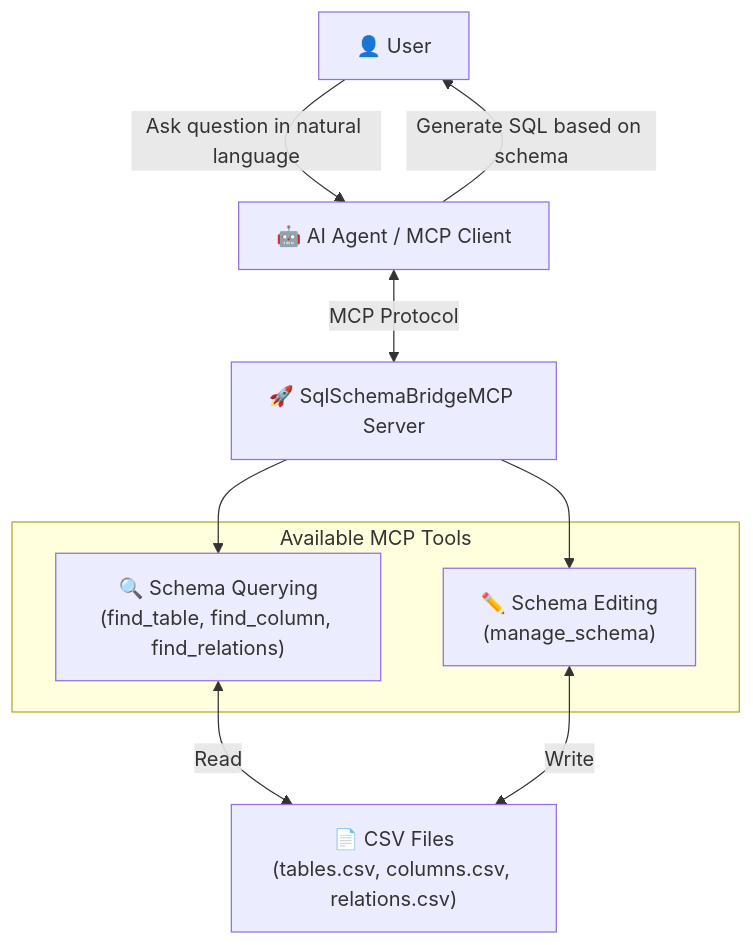
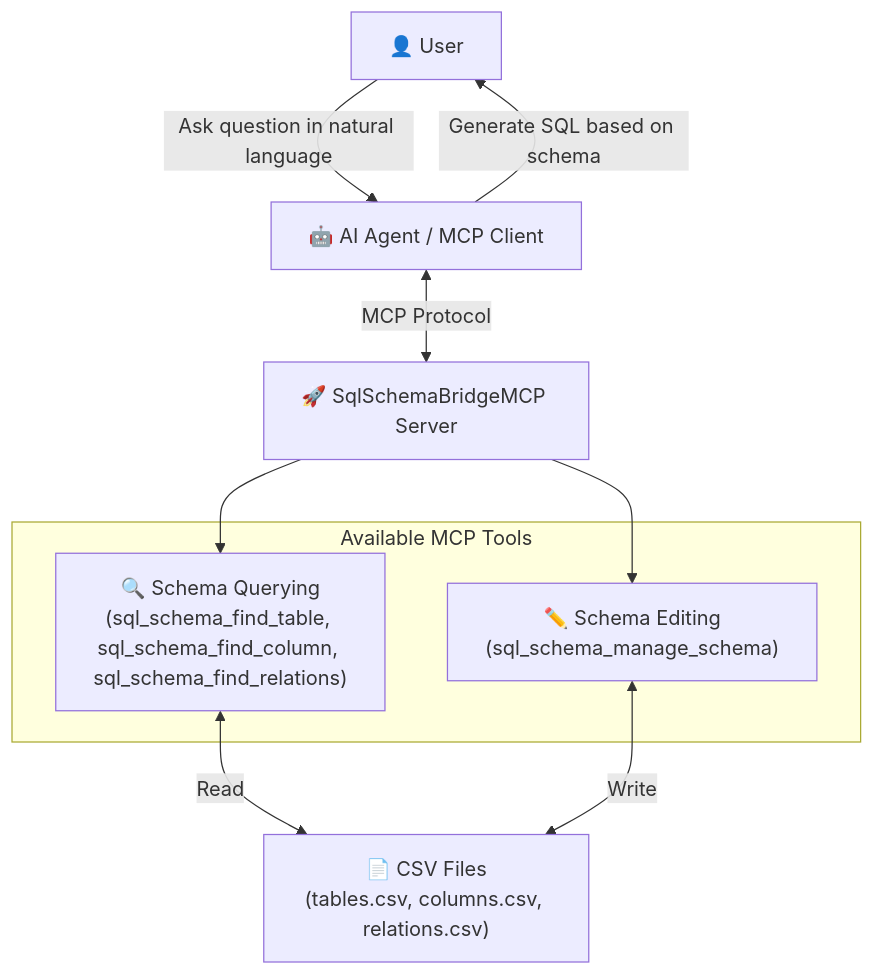
The first of 2 diagrams in README.md (yt3trees/SqlSchemaBridgeMCP), drawn with Mermaid before and after one commit. The commit also changed other lines of this file and 6 other files, not shown here.

Commit message:
feat: Add sql_schema_ prefix to all tool names for uniqueness

````diff
--- a/README.md
+++ b/README.md
@@ -8,21 +8,21 @@
 ```mermaid
 graph TB
     User["👤 User"]
     Agent["🤖 AI Agent / MCP Client"]
     Server["🚀 SqlSchemaBridgeMCP Server"]
     CSVFiles["📄 CSV Files<br/>(tables.csv, columns.csv, relations.csv)"]
 
     subgraph "Available MCP Tools"
-        QueryTools["🔍 Schema Querying<br/>(find_table, find_column, find_relations)"]
-        EditTools["✏️ Schema Editing<br/>(manage_schema)"]
+        QueryTools["🔍 Schema Querying<br/>(sql_schema_find_table, sql_schema_find_column, sql_schema_find_relations)"]
+        EditTools["✏️ Schema Editing<br/>(sql_schema_manage_schema)"]
     end
 
     %% Main Flow
     User -->|"Ask question in natural language"| Agent
     Agent <-->|"MCP Protocol"| Server
     Server --> QueryTools
     Server --> EditTools
     QueryTools <-->|"Read"| CSVFiles
     EditTools <-->|"Write"| CSVFiles
     Agent -->|"Generate SQL based on schema"| User
 ```
````
